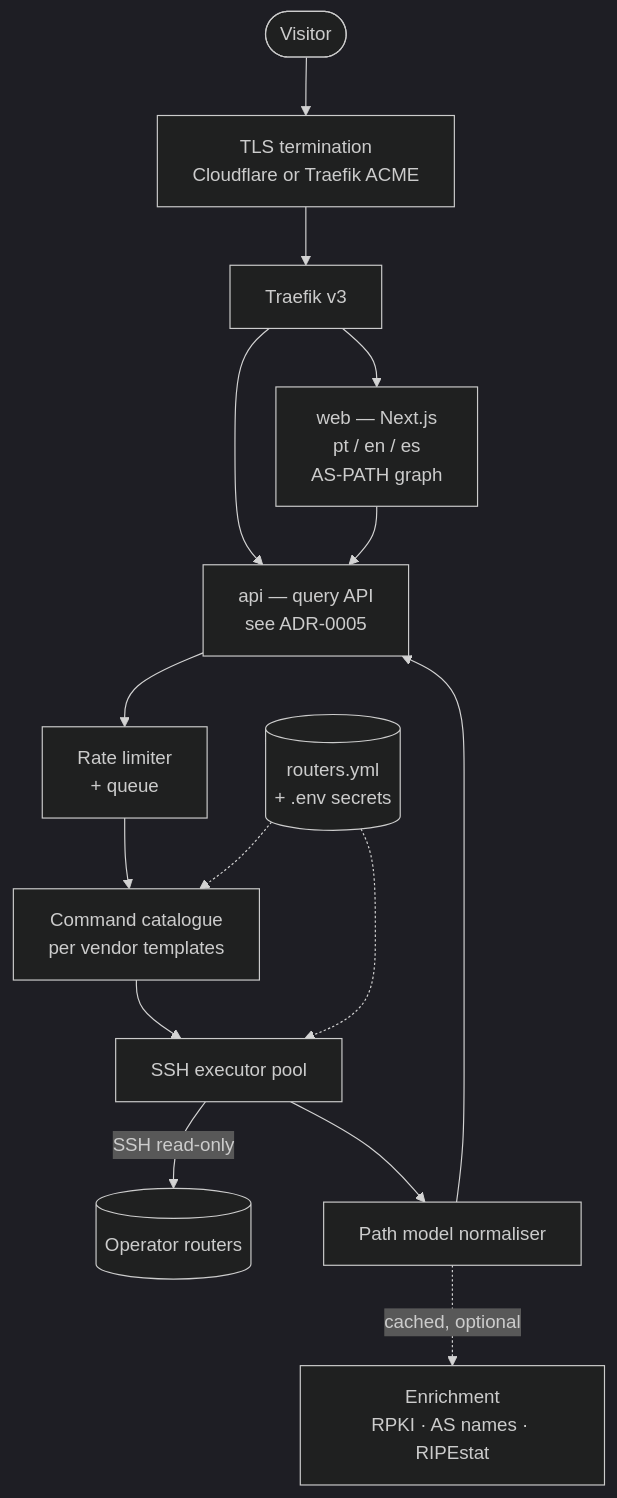
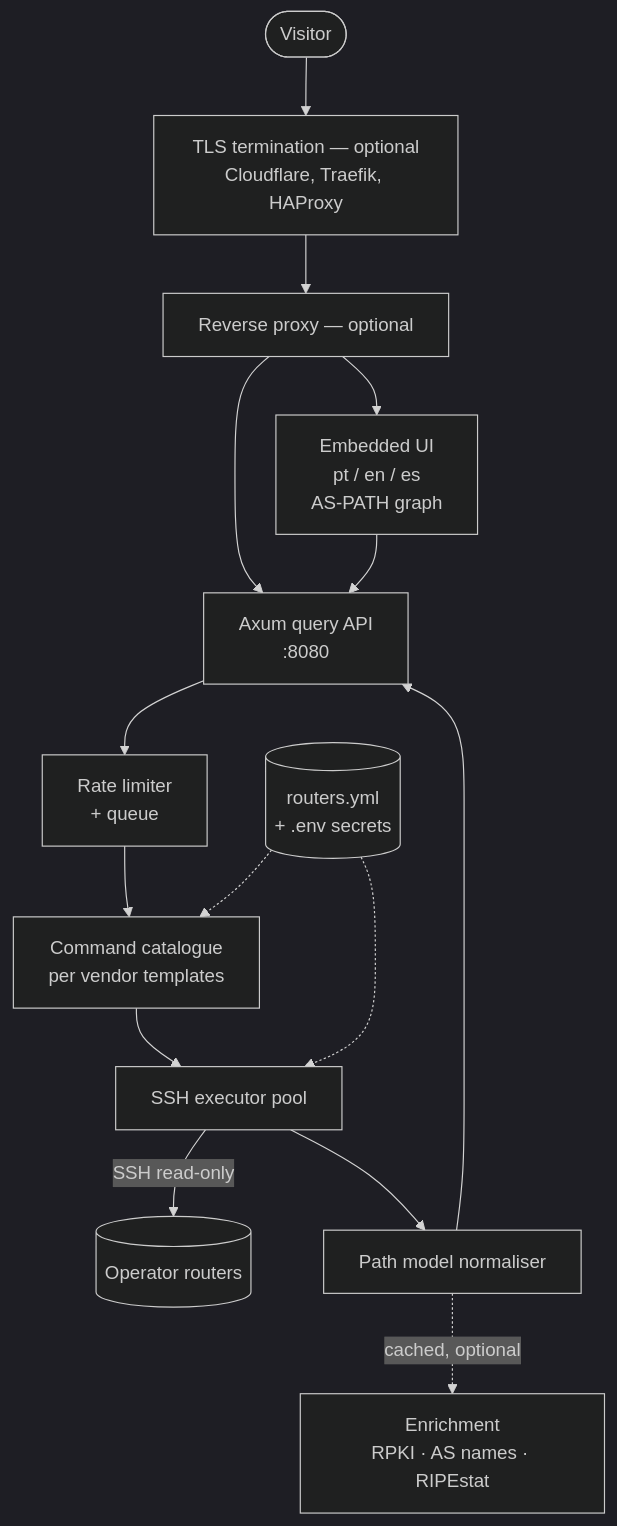
Before and after one commit to andrediashexa/NOGGlass: the first of 2 diagrams in docs/architecture/overview.md, drawn with Mermaid (dark theme). The commit also changed other lines of this file and 11 other files, not shown here.

First line of the commit message:
docs(adr): accept the Rust architecture and reconcile the ADR set (#41)

````diff
--- a/docs/architecture/overview.md
+++ b/docs/architecture/overview.md
@@ -28,26 +28,26 @@
 ```mermaid
 flowchart TB
     visitor([Visitor])
-    cf[TLS termination<br/>Cloudflare or Traefik ACME]
-    traefik[Traefik v3]
-    web[web — Next.js<br/>pt / en / es<br/>AS-PATH graph]
-    api[api — query API<br/>see ADR-0005]
+    cf["TLS termination — optional<br/>Cloudflare, Traefik, HAProxy"]
+    traefik["Reverse proxy — optional"]
+    web[Embedded UI<br/>pt / en / es<br/>AS-PATH graph]
+    api[Axum query API<br/>:8080]
     rl[Rate limiter<br/>+ queue]
     cat[Command catalogue<br/>per vendor templates]
     exec[SSH executor pool]
     cfg[(routers.yml<br/>+ .env secrets)]
     routers[(Operator routers)]
     norm[Path model normaliser]
     enr[Enrichment<br/>RPKI · AS names · RIPEstat]
 
     visitor --> cf --> traefik
     traefik --> web
     traefik --> api
     web --> api
     api --> rl --> cat --> exec
     cfg -.-> cat
     cfg -.-> exec
     exec -->|SSH read-only| routers
     exec --> norm --> api
     norm -.->|cached, optional| enr
 ```
````
